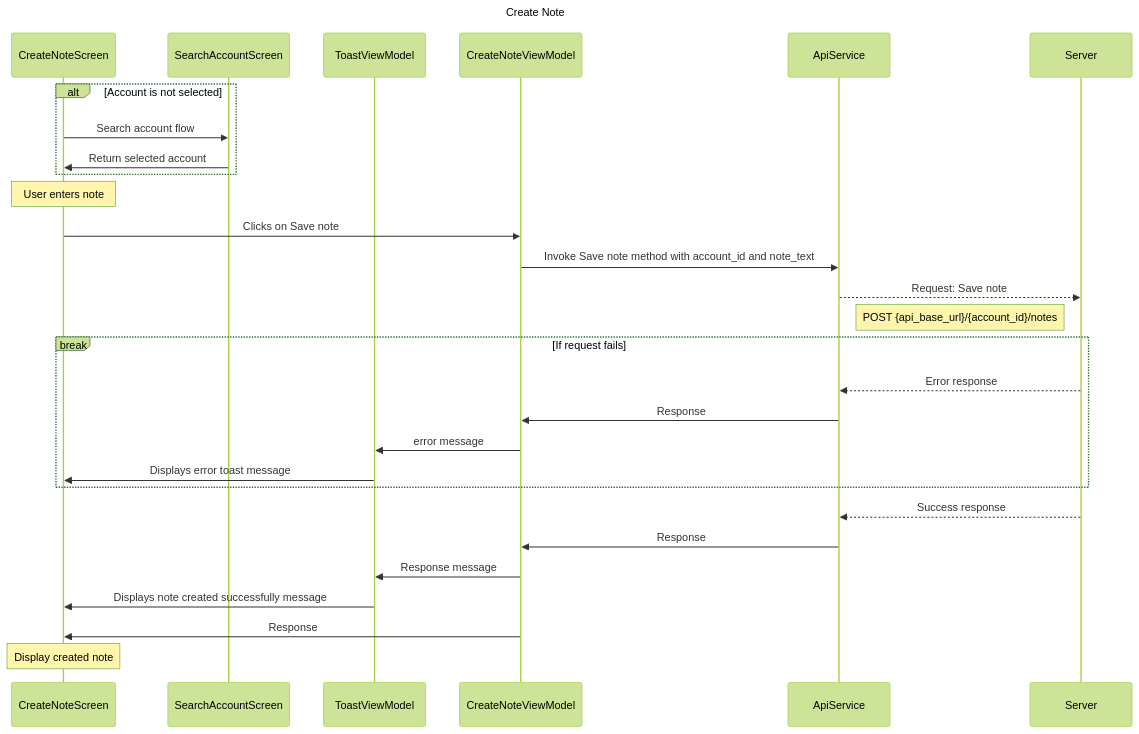
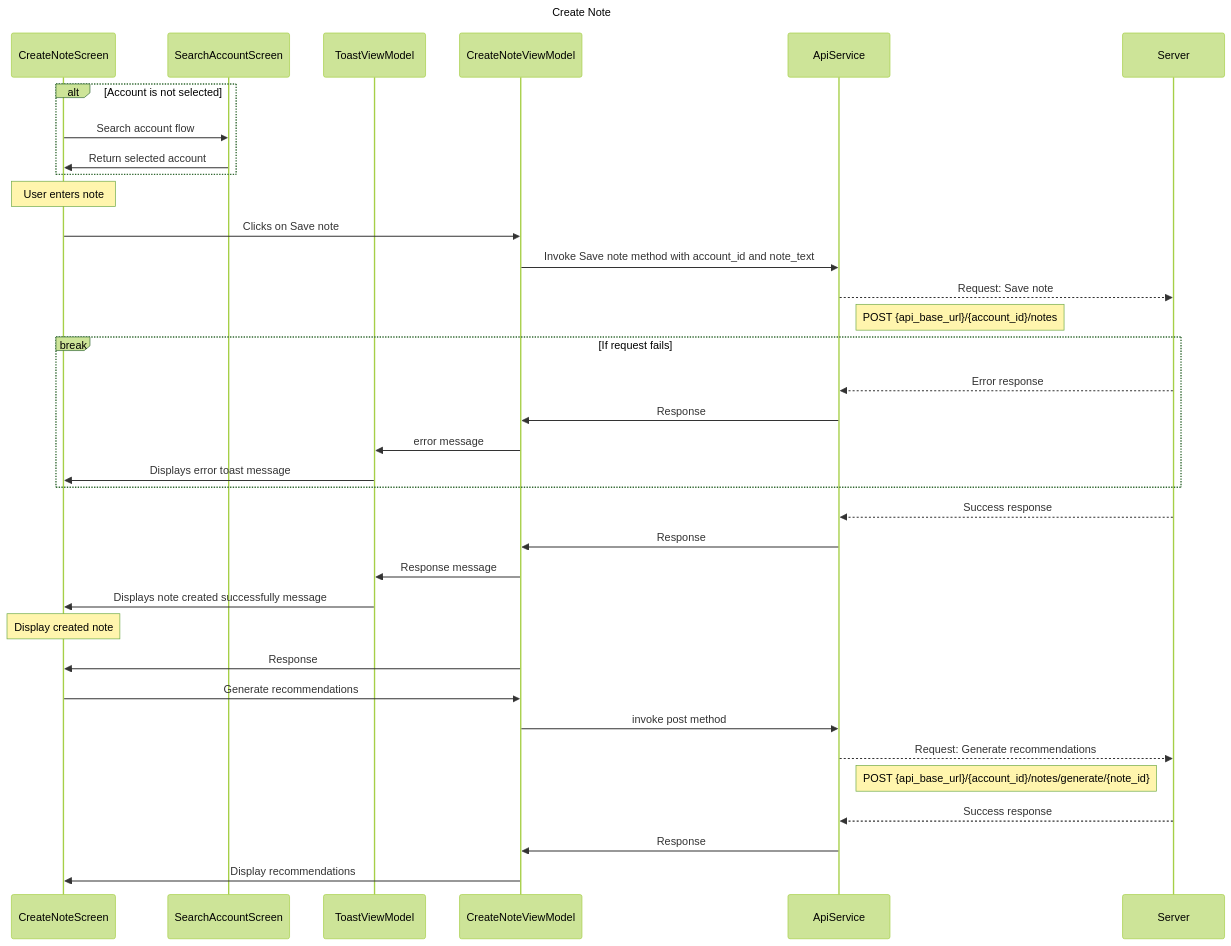
Before and after one commit to TrueSparrowSystems/AI-SalesSparrow-Docs: the diagram in flowDiagrams/IOS/CreateNoteScreen.mermaid, drawn with Mermaid (forest theme).

Commit message:
added suggested task flow in Create note screen

```diff
--- a/flowDiagrams/IOS/CreateNoteScreen.mermaid
+++ b/flowDiagrams/IOS/CreateNoteScreen.mermaid
@@ -1,35 +1,42 @@
 sequenceDiagram
     title Create Note
 
     participant CNS as CreateNoteScreen
     participant SAS as SearchAccountScreen
     participant TVM as ToastViewModel
     participant CNVM as CreateNoteViewModel
     participant AS as ApiService
     participant S as Server
 
     alt  Account is not selected
         CNS->>SAS: Search account flow
         SAS->>CNS: Return selected account
     end
 
     note over CNS: User enters note
 
     CNS->>CNVM : Clicks on Save note
     CNVM->>AS: Invoke Save note method with account_id and note_text
     AS-->>S : Request: Save note
     note right of AS: POST {api_base_url}/{account_id}/notes
 
     break If request fails
         S-->>AS: Error response
         AS->>CNVM: Response
         CNVM->>TVM: error message
         TVM->>CNS: Displays error toast message
     end
     
     S-->>AS: Success response
     AS->>CNVM: Response
     CNVM->>TVM: Response message
     TVM->>CNS: Displays note created successfully message
+    note over CNS: Display created note
     CNVM->>CNS: Response
-    note over CNS: Display created note
+    CNS->>CNVM: Generate recommendations
+    CNVM->>AS: invoke post method
+    AS-->>S: Request: Generate recommendations
+    note right of AS: POST {api_base_url}/{account_id}/notes/generate/{note_id}
+    S-->>AS: Success response
+    AS->>CNVM: Response
+    CNVM->>CNS: Display recommendations
```
